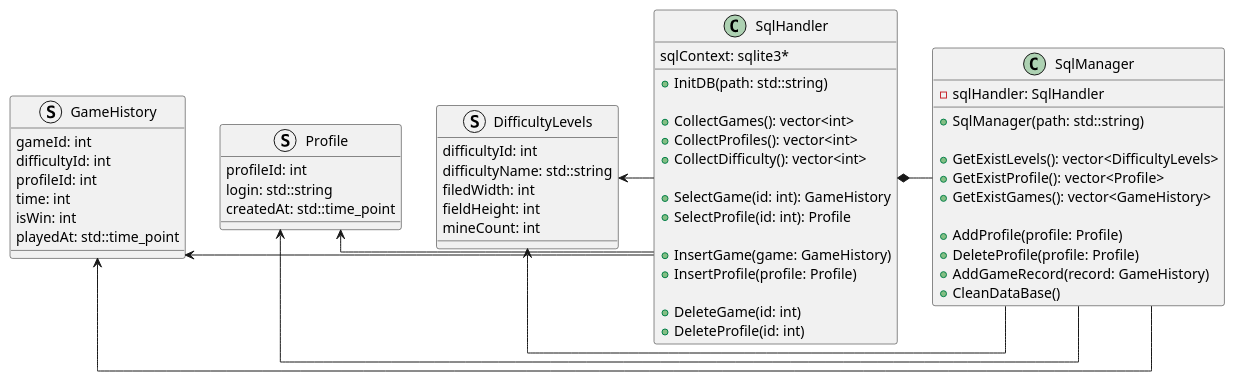
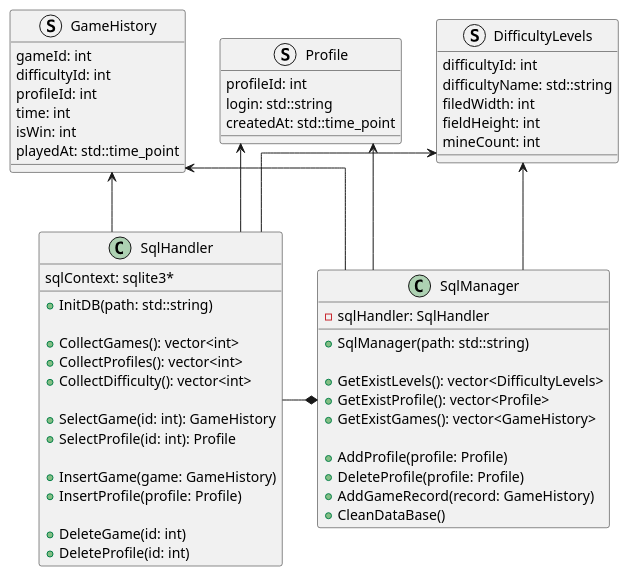
The diagram in architecture/SqlManager.puml (svarschick/pixelmines), drawn with PlantUML before and after one commit. The commit also changed 1 other file, not shown here.

Commit message:
Fix SqlManager diagram and add object diagram

```diff
--- a/architecture/SqlManager.puml
+++ b/architecture/SqlManager.puml
@@ -1,82 +1,83 @@
 @startuml class-diagram
 
 /'
     Set classic UML style
 '/
-skinparam linetype ortho 
+skinparam linetype ortho
+top to bottom direction
 /'
     end
 '/
 
 ' Sql manager
 struct GameHistory
 {
     gameId: int
     difficultyId: int
     profileId: int
     time: int
     isWin: int
     playedAt: std::time_point
 }
 
 struct Profile
 {
     profileId: int
     login: std::string
     createdAt: std::time_point
 }
 
 struct DifficultyLevels
 {
     difficultyId: int
     difficultyName: std::string
     filedWidth: int
     fieldHeight: int
     mineCount: int
 }
 
 class SqlHandler
 {
     +InitDB(path: std::string)
 
     +CollectGames(): vector<int>
     +CollectProfiles(): vector<int>
     +CollectDifficulty(): vector<int>
 
     +SelectGame(id: int): GameHistory
     +SelectProfile(id: int): Profile
     
     +InsertGame(game: GameHistory)
     +InsertProfile(profile: Profile)
 
     +DeleteGame(id: int)
     +DeleteProfile(id: int)
 
     sqlContext: sqlite3*
 }
 
 class SqlManager
 {
     -sqlHandler: SqlHandler
 
     +SqlManager(path: std::string)
 
     +GetExistLevels(): vector<DifficultyLevels>
     +GetExistProfile(): vector<Profile>
     +GetExistGames(): vector<GameHistory>
 
     +AddProfile(profile: Profile)
     +DeleteProfile(profile: Profile)
     +AddGameRecord(record: GameHistory)
     +CleanDataBase()
 }
 
-GameHistory <- SqlHandler
-GameHistory <- SqlManager
-Profile <- SqlHandler
-Profile <- SqlManager
-DifficultyLevels <- SqlHandler
-DifficultyLevels <- SqlManager
-SqlHandler *- SqlManager
+GameHistory <-- SqlHandler
+GameHistory <-- SqlManager
+Profile <-- SqlHandler
+Profile <-- SqlManager
+DifficultyLevels <-- SqlHandler
+DifficultyLevels <-- SqlManager
+SqlHandler -* SqlManager
 
 @enduml
```
